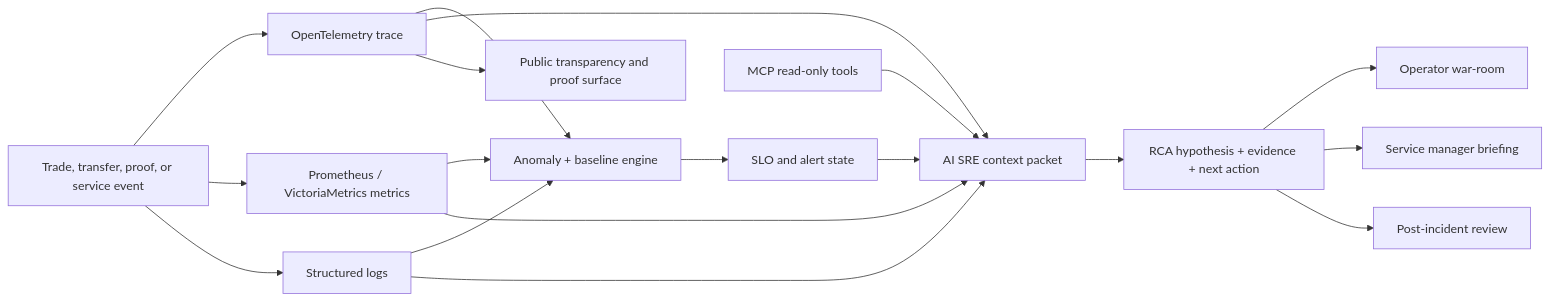
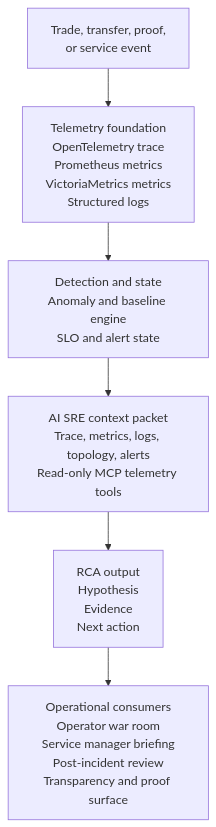
Before and after one commit to MoebiusX/Krystaline: the first of 2 diagrams in docs/GENAI_OBSERVABILITY_SOLUTION.md, drawn with Mermaid. The commit also changed other lines of this file and 13 other files, not shown here.

````diff
--- a/docs/GENAI_OBSERVABILITY_SOLUTION.md
+++ b/docs/GENAI_OBSERVABILITY_SOLUTION.md
@@ -56,20 +56,11 @@
 ```mermaid
-flowchart LR
-    A["Trade, transfer, proof, or service event"] --> B["OpenTelemetry trace"]
-    A --> C["Prometheus / VictoriaMetrics metrics"]
-    A --> D["Structured logs"]
-    B --> E["Anomaly + baseline engine"]
-    C --> E
-    D --> E
-    E --> F["SLO and alert state"]
-    F --> G["AI SRE context packet"]
-    B --> G
-    C --> G
-    D --> G
-    H["MCP read-only tools"] --> G
-    G --> I["RCA hypothesis + evidence + next action"]
-    I --> J["Operator war-room"]
-    I --> K["Service manager briefing"]
-    I --> L["Post-incident review"]
-    B --> M["Public transparency and proof surface"]
+flowchart TB
+    A["Trade, transfer, proof,<br/>or service event"]
+    B["Telemetry foundation<br/>OpenTelemetry trace<br/>Prometheus metrics<br/>VictoriaMetrics metrics<br/>Structured logs"]
+    C["Detection and state<br/>Anomaly and baseline engine<br/>SLO and alert state"]
+    D["AI SRE context packet<br/>Trace, metrics, logs, topology, alerts<br/>Read-only MCP telemetry tools"]
+    E["RCA output<br/>Hypothesis<br/>Evidence<br/>Next action"]
+    F["Operational consumers<br/>Operator war room<br/>Service manager briefing<br/>Post-incident review<br/>Transparency and proof surface"]
+
+    A --> B --> C --> D --> E --> F
 ```
````
